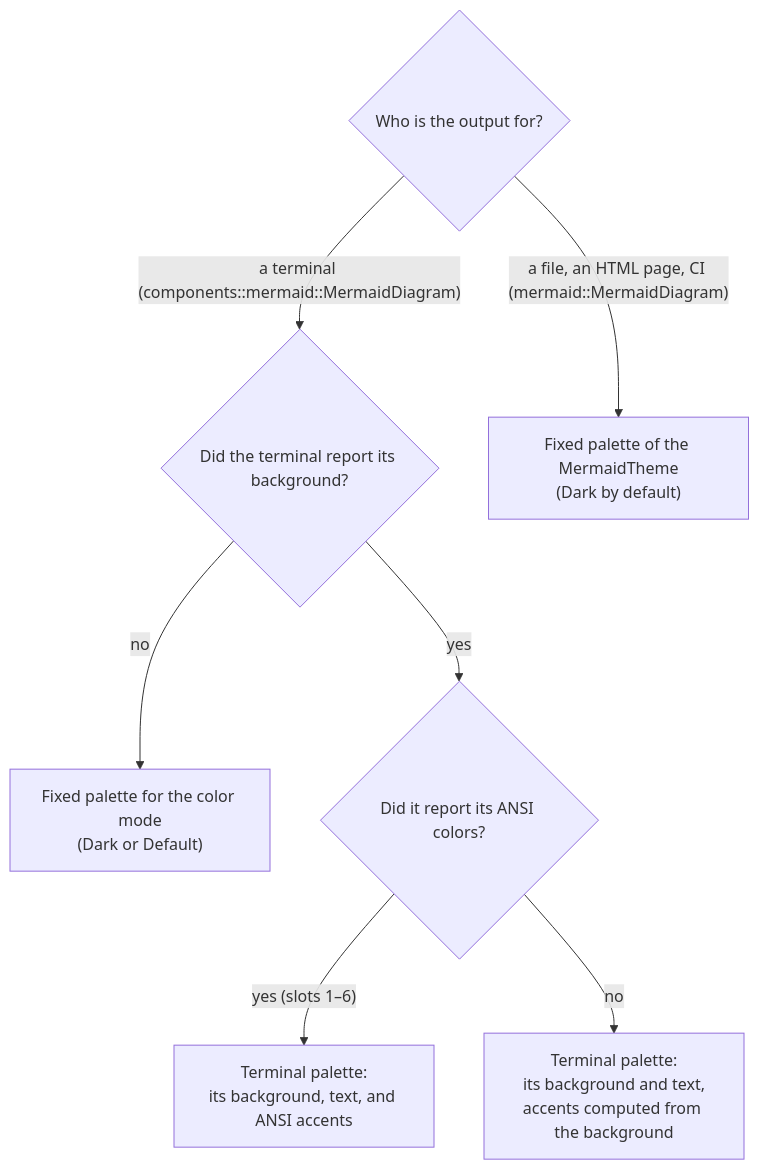
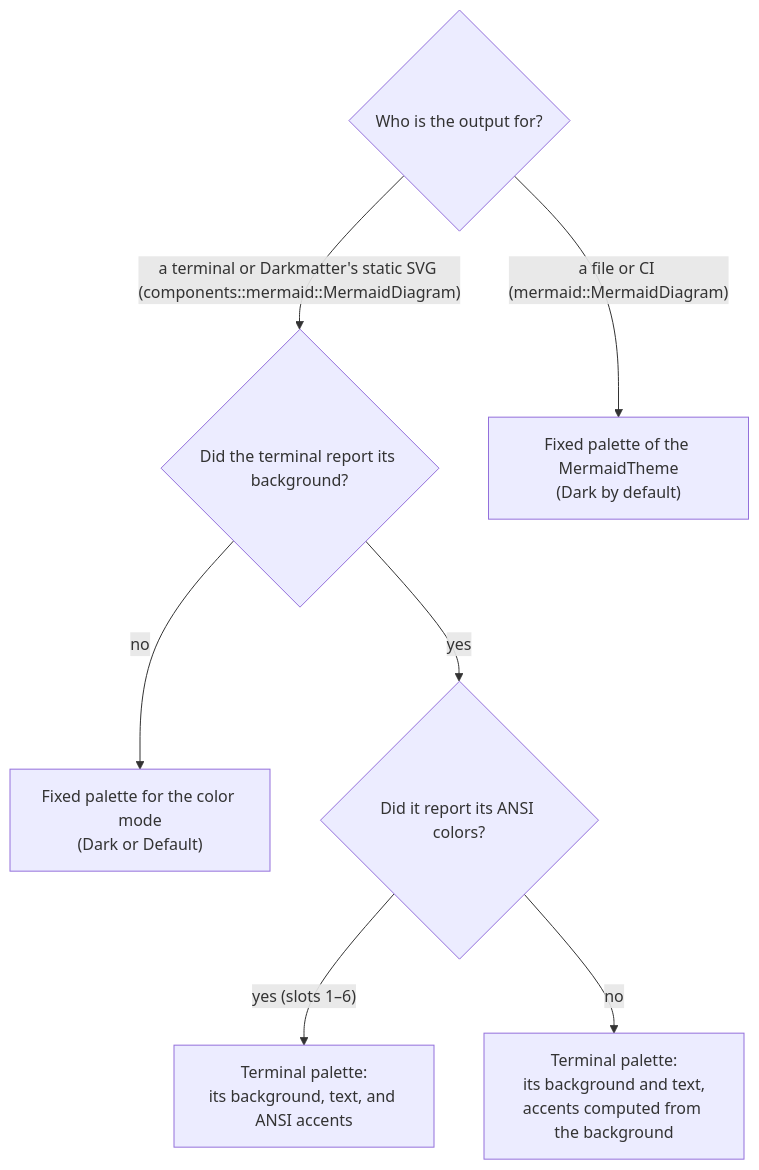
One commit to yankeeinlondon/rusty-biscuit changed the second of 4 diagrams in biscuit-visualized/docs/merman.md. Above: the diagram before and after it, drawn with Mermaid. The commit also changed other lines of this file and 12 other files, not shown here.

First line of the commit message:
docs(biscuit-visualized): document Mermaid rendering behavior

````diff
--- a/biscuit-visualized/docs/merman.md
+++ b/biscuit-visualized/docs/merman.md
@@ -118,10 +202,10 @@
 ```mermaid
 flowchart TD
     Q{"Who is the output for?"}
-    Q -->|"a terminal (components::mermaid::MermaidDiagram)"| T{"Did the terminal report its background?"}
-    Q -->|"a file, an HTML page, CI (mermaid::MermaidDiagram)"| F["Fixed palette of the MermaidTheme<br/>(Dark by default)"]
+    Q -->|"a terminal or Darkmatter's static SVG (components::mermaid::MermaidDiagram)"| T{"Did the terminal report its background?"}
+    Q -->|"a file or CI (mermaid::MermaidDiagram)"| F["Fixed palette of the MermaidTheme<br/>(Dark by default)"]
     T -->|no| M["Fixed palette for the color mode<br/>(Dark or Default)"]
     T -->|yes| A{"Did it report its ANSI colors?"}
     A -->|"yes (slots 1–6)"| P1["Terminal palette:<br/>its background, text, and ANSI accents"]
     A -->|no| P2["Terminal palette:<br/>its background and text,<br/>accents computed from the background"]
 ```
````
